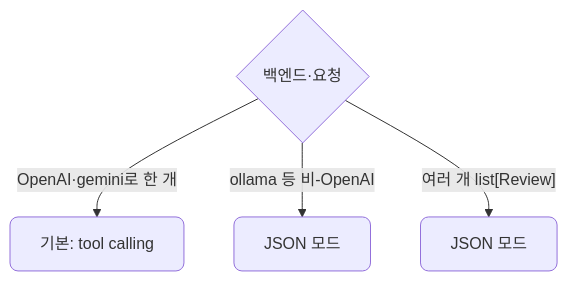
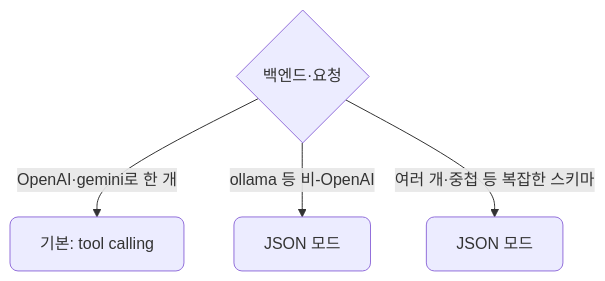
Before and after one commit to CodeCompose7/ai_service_engineering: the sixth of 6 diagrams in docs/section1/lec09/README.md, drawn with Mermaid. The commit also changed other lines of this file and 2 other files, not shown here.

````diff
--- a/docs/section1/lec09/README.md
+++ b/docs/section1/lec09/README.md
@@ -131,7 +212,7 @@
 ```mermaid
 flowchart TD
   Q{"백엔드·요청"} -->|"OpenAI·gemini로 한 개"| T["기본: tool calling"]
   Q -->|"ollama 등 비-OpenAI"| J1["JSON 모드"]
-  Q -->|"여러 개 list[Review]"| J2["JSON 모드"]
+  Q -->|"여러 개·중첩 등 복잡한 스키마"| J2["JSON 모드"]
   classDef default rx:8,ry:8;
 ```
````
